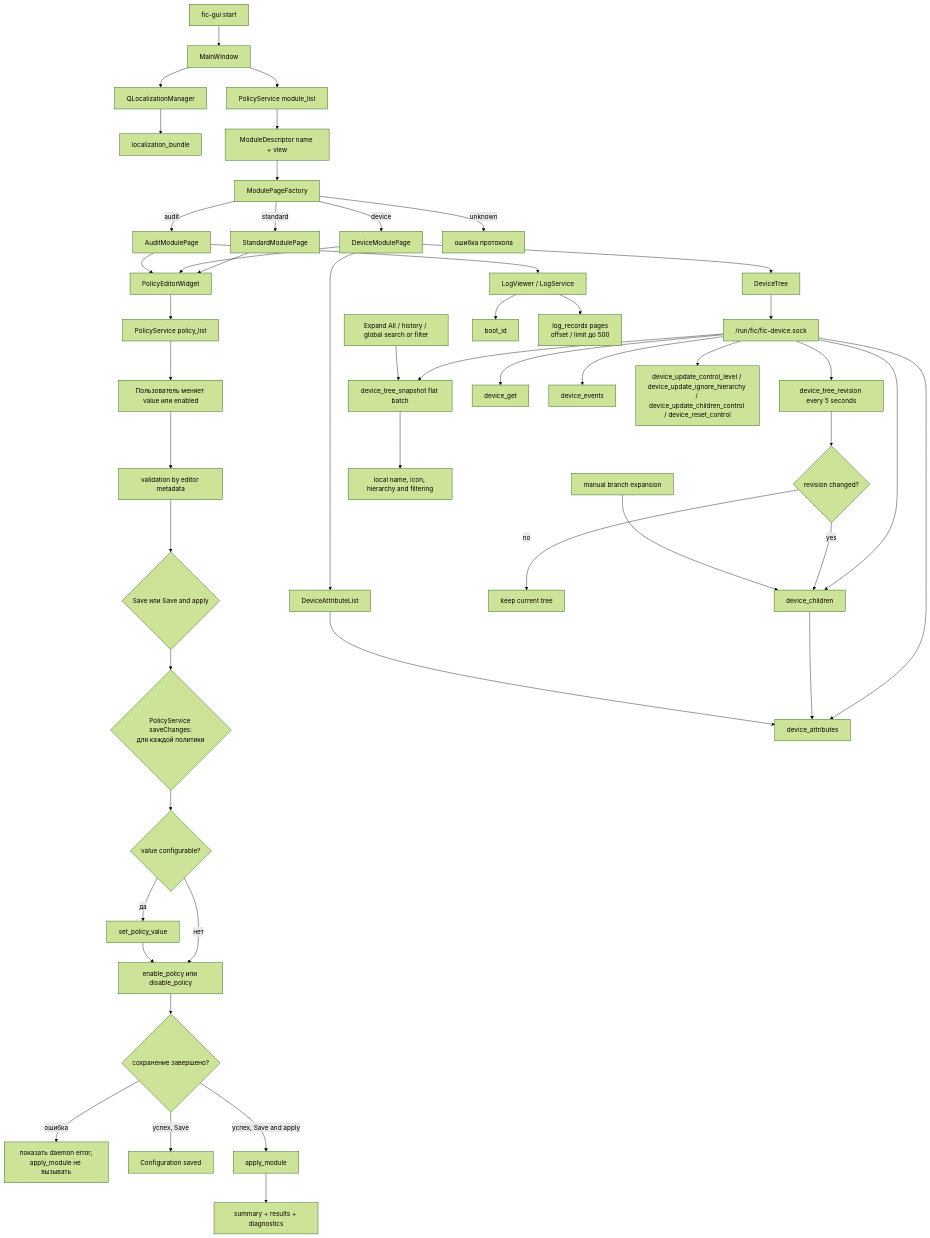
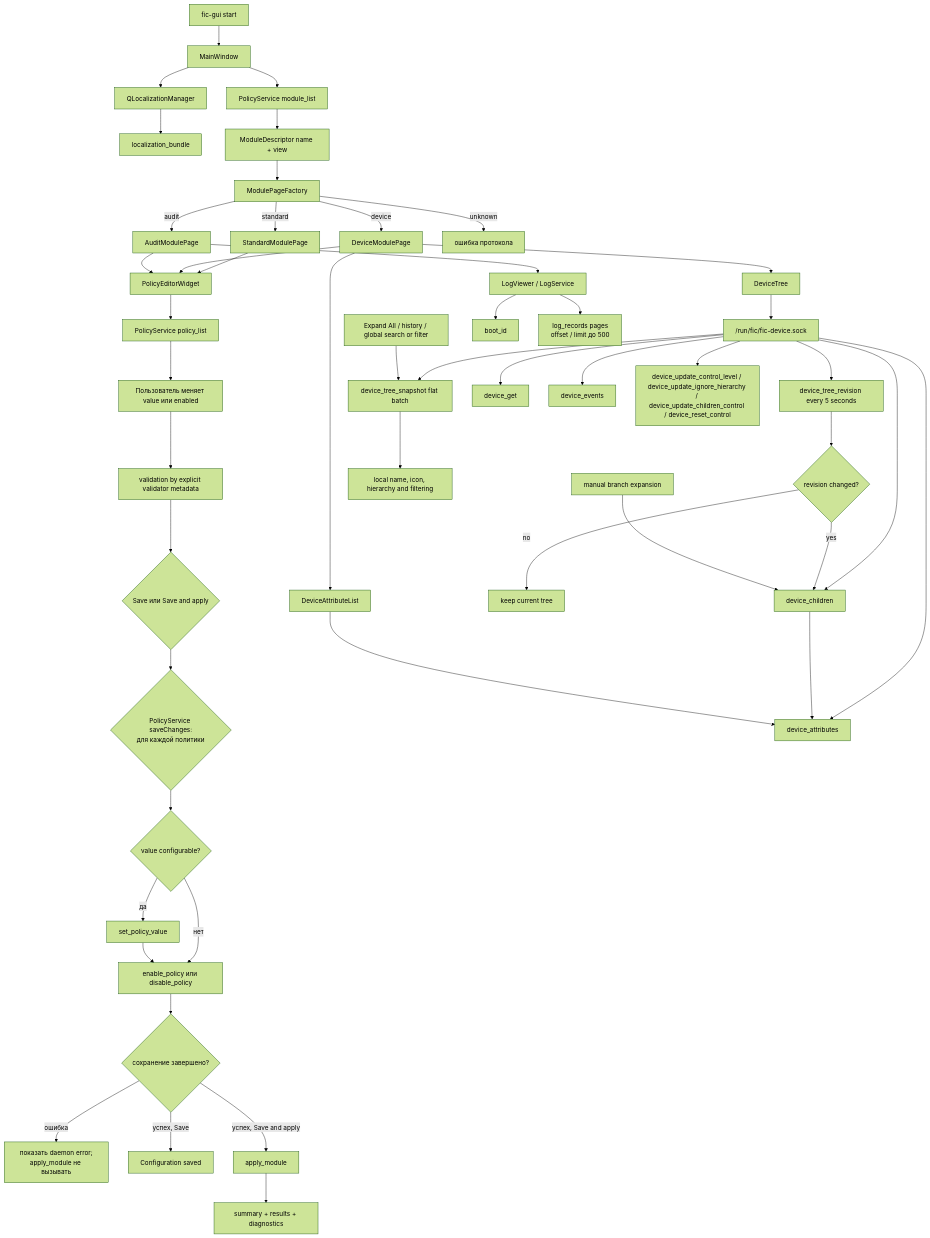
Before and after one commit to RevoltStar/FIC: diagram 17 of 20 in docs/architecture-diagrams.md, drawn with Mermaid (forest theme). The commit also changed 13 other files, not shown here.

````diff
--- a/docs/architecture-diagrams.md
+++ b/docs/architecture-diagrams.md
@@ -948,58 +948,58 @@
 ```mermaid
 flowchart TD
     start[fic-gui start] --> mainWindow[MainWindow]
     mainWindow --> localization[QLocalizationManager]
     localization --> ipcLoc[localization_bundle]
 
     mainWindow --> moduleService[PolicyService module_list]
     moduleService --> descriptors[ModuleDescriptor name + view]
     descriptors --> pageFactory[ModulePageFactory]
     pageFactory -->|standard| standardPage[StandardModulePage]
     pageFactory -->|device| devicePage[DeviceModulePage]
     pageFactory -->|audit| auditPage[AuditModulePage]
     pageFactory -->|unknown| protocolError[ошибка протокола]
 
     standardPage --> policyEditor[PolicyEditorWidget]
     devicePage --> policyEditor
     auditPage --> policyEditor
     policyEditor --> ipcPolicies[PolicyService policy_list]
     ipcPolicies --> edit[Пользователь меняет value или enabled]
-    edit --> validateGui[validation by editor metadata]
+    edit --> validateGui[validation by explicit validator metadata]
     validateGui --> action{Save или Save and apply}
     action --> setLoop{PolicyService saveChanges:<br/>для каждой политики}
     setLoop --> setIfNeeded{value configurable?}
     setIfNeeded -->|да| setValue[set_policy_value]
     setIfNeeded -->|нет| state
     setValue --> state[enable_policy или disable_policy]
     state --> saved{сохранение завершено?}
     saved -->|ошибка| saveError[показать daemon error;<br/>apply_module не вызывать]
     saved -->|успех, Save| saveSuccess[Configuration saved]
     saved -->|успех, Save and apply| applyModule[apply_module]
     applyModule --> applyResult[summary + results + diagnostics]
 
     devicePage --> deviceTree[DeviceTree]
     deviceTree --> deviceSock["/run/fic/fic-device.sock"]
     deviceSock --> devRevision[device_tree_revision every 5 seconds]
     deviceSock --> devSnapshot[device_tree_snapshot flat batch]
     deviceSock --> devGet[device_get]
     deviceSock --> devChildren[device_children]
     deviceSock --> devAttrs[device_attributes]
     deviceSock --> devEvents[device_events]
     deviceSock --> devControl[device_update_control_level / device_update_ignore_hierarchy / device_update_children_control / device_reset_control]
 
     devRevision --> changed{revision changed?}
     changed -->|no| keepTree[keep current tree]
     changed -->|yes| devChildren
 
     heavy[Expand All / history / global search or filter] --> devSnapshot
     devSnapshot --> localTree[local name, icon, hierarchy and filtering]
     manual[manual branch expansion] --> devChildren
     devChildren --> devAttrs
 
     devicePage --> attrList[DeviceAttributeList]
     attrList --> devAttrs
 
     auditPage --> logViewer[LogViewer / LogService]
     logViewer --> boot[boot_id]
     logViewer --> records[log_records pages<br/>offset / limit до 500]
 ```
````
